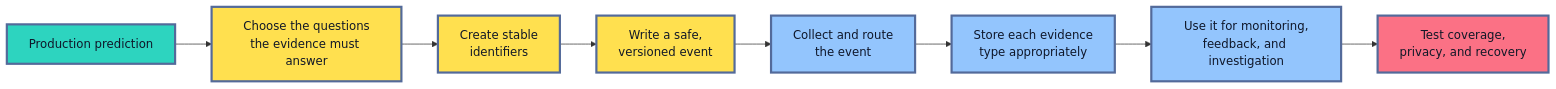
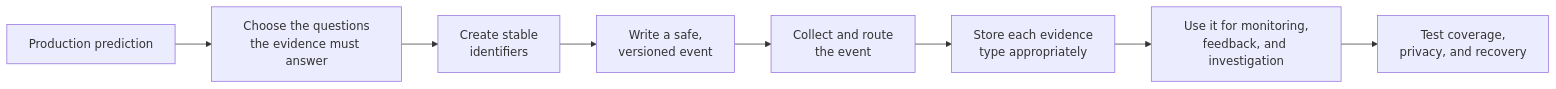
Before and after one commit to senlinyy/dev-roadmaps: the first of 5 diagrams in roadmaps/mlops/modules/monitoring-and-feedback/system-observability/02-logging-prediction-requests-responses.md, drawn with Mermaid. The commit also changed other lines of this file and 152 other files, not shown here.

Commit message:
feat: mlops and diagrams updated

````diff
--- a/roadmaps/mlops/modules/monitoring-and-feedback/system-observability/02-logging-prediction-requests-responses.md
+++ b/roadmaps/mlops/modules/monitoring-and-feedback/system-observability/02-logging-prediction-requests-responses.md
@@ -80,19 +80,15 @@
 ```mermaid
 flowchart LR
     A["Production prediction"] --> B["Choose the questions<br/>the evidence must answer"]
     B --> C["Create stable<br/>identifiers"]
     C --> D["Write a safe,<br/>versioned event"]
     D --> E["Collect and route<br/>the event"]
     E --> F["Store each evidence<br/>type appropriately"]
     F --> G["Use it for monitoring,<br/>feedback, and investigation"]
     G --> H["Test coverage,<br/>privacy, and recovery"]
 
-    classDef source fill:#2DD4BF,stroke:#536A9A,stroke-width:3px,color:#0F172A
-    classDef design fill:#FFE04F,stroke:#536A9A,stroke-width:3px,color:#111827
-    classDef operate fill:#93C5FD,stroke:#536A9A,stroke-width:3px,color:#0F172A
-    classDef verify fill:#FB7185,stroke:#536A9A,stroke-width:3px,color:#111827
     class A source
     class B,C,D design
     class E,F,G operate
     class H verify
 ```
````
